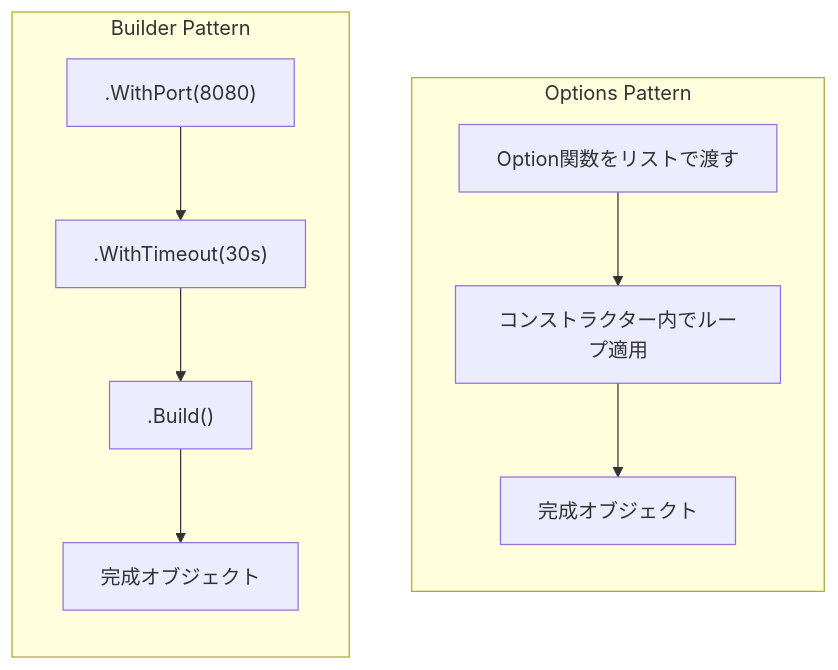
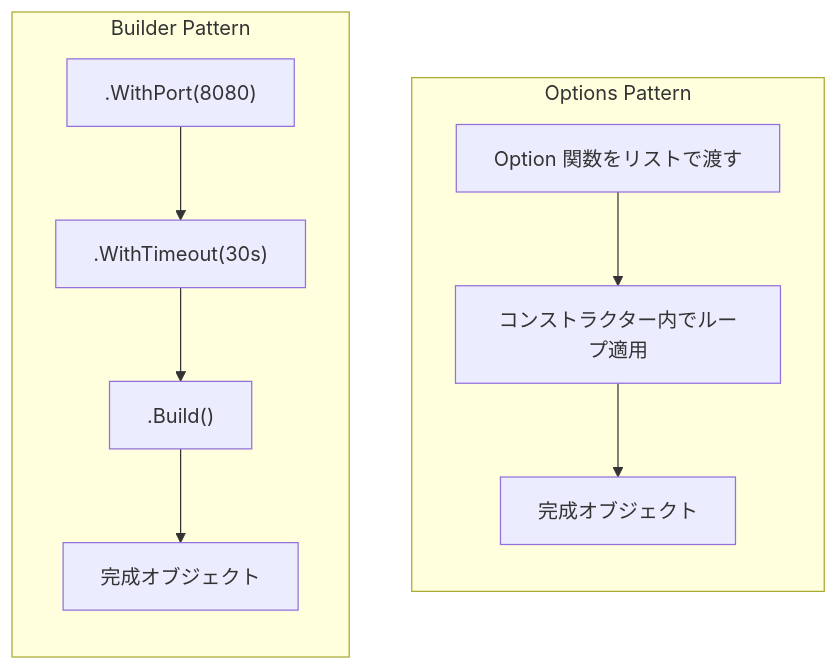
One commit to yoichiozaki/yoichiozaki.github.io changed the fifth of 6 diagrams in content/blog/ja/options-pattern.mdx. Above: the diagram before and after it, drawn with Mermaid. The commit also changed other lines of this file and 220 other files, not shown here.

````diff
--- a/content/blog/ja/options-pattern.mdx
+++ b/content/blog/ja/options-pattern.mdx
@@ -809,15 +806,15 @@
 ```mermaid
 graph TB
     subgraph OP["Options Pattern"]
         direction TB
-        O1["Option関数をリストで渡す"] --> O2["コンストラクター内でループ適用"]
+        O1["Option 関数をリストで渡す"] --> O2["コンストラクター内でループ適用"]
         O2 --> O3["完成オブジェクト"]
     end
 
     subgraph BP["Builder Pattern"]
         direction TB
         B1[".WithPort(8080)"] --> B2[".WithTimeout(30s)"]
         B2 --> B3[".Build()"]
         B3 --> B4["完成オブジェクト"]
     end
 ```
````
